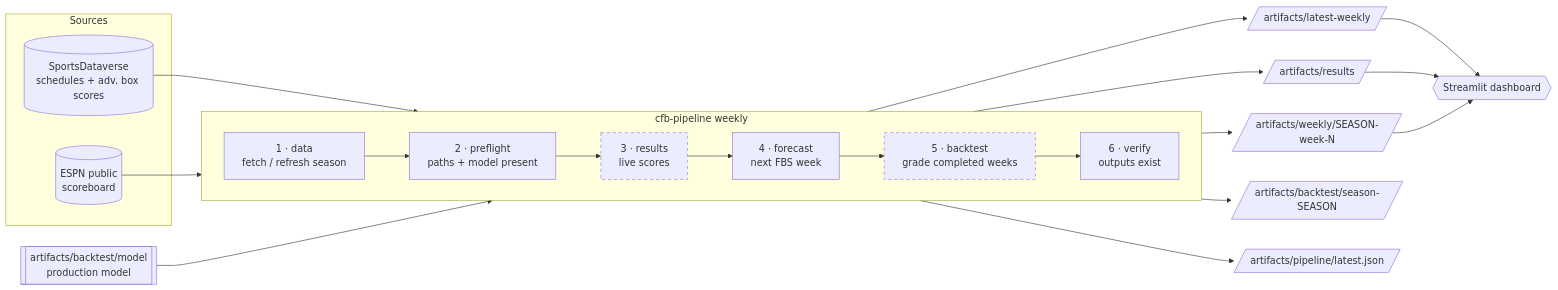
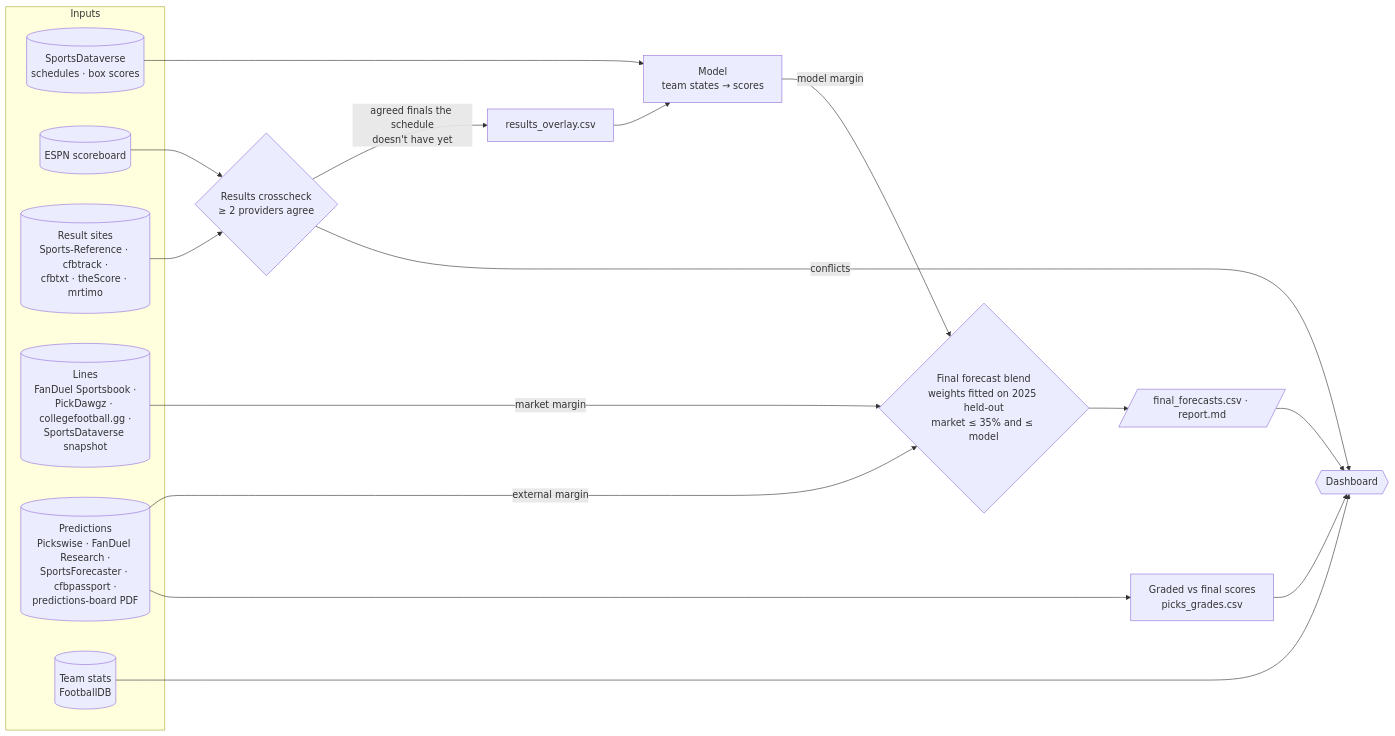
One commit to bngomez98/cfb-forecast changed the first of 5 diagrams in README.md. Above: the diagram before and after it, drawn with Mermaid. The commit also changed other lines of this file and 26 other files, not shown here.

````diff
--- a/README.md
+++ b/README.md
@@ -21,35 +20,28 @@
 ```mermaid
 flowchart LR
-    subgraph Sources
-        SDV[(SportsDataverse<br/>schedules + adv. box scores)]
-        ESPN[(ESPN public<br/>scoreboard)]
+    subgraph Inputs
+        SDV[(SportsDataverse<br/>schedules · box scores)]
+        ESPN[(ESPN scoreboard)]
+        RES[(Result sites<br/>Sports-Reference · cfbtrack ·<br/>cfbtxt · theScore · mrtimo)]
+        ODDS[(Lines<br/>FanDuel Sportsbook ·<br/>PickDawgz · collegefootball.gg ·<br/>SportsDataverse snapshot)]
+        PICK[(Predictions<br/>Pickswise · FanDuel Research ·<br/>SportsForecaster · cfbpassport ·<br/>predictions-board PDF)]
+        STAT[(Team stats<br/>FootballDB)]
     end
 
-    subgraph "cfb-pipeline weekly"
-        direction LR
-        D["1 · data<br/>fetch / refresh season"]
-        P["2 · preflight<br/>paths + model present"]
-        R["3 · results<br/>live scores"]
-        F["4 · forecast<br/>next FBS week"]
-        B["5 · backtest<br/>grade completed weeks"]
-        V["6 · verify<br/>outputs exist"]
-        D --> P --> R --> F --> B --> V
-    end
+    ESPN --> XC{"Results crosscheck<br/>≥ 2 providers agree"}
+    RES --> XC
+    XC -- "agreed finals the schedule<br/>doesn't have yet" --> OV[results_overlay.csv]
+    SDV --> MODEL
+    OV --> MODEL["Model<br/>team states → scores"]
 
-    SDV --> D
-    ESPN --> R
-    M[[artifacts/backtest/model<br/>production model]] --> P
+    MODEL -->|model margin| BL{"Final forecast blend<br/>weights fitted on 2025 held-out<br/>market ≤ 35% and ≤ model"}
+    ODDS -->|market margin| BL
+    PICK -->|external margin| BL
+    BL --> FINAL[/final_forecasts.csv · report.md/]
 
-    F --> LW[/artifacts/latest-weekly/]
-    F --> WK[/artifacts/weekly/SEASON-week-N/]
-    R --> RS[/artifacts/results/]
-    B --> SB[/artifacts/backtest/season-SEASON/]
-    V --> RC[/artifacts/pipeline/latest.json/]
-
-    LW --> DASH{{Streamlit dashboard}}
-    RS --> DASH
-    WK --> DASH
-
-    classDef optional stroke-dasharray: 5 5
-    class R,B optional
+    PICK --> GR[Graded vs final scores<br/>picks_grades.csv]
+    STAT --> DASH{{Dashboard}}
+    FINAL --> DASH
+    GR --> DASH
+    XC -->|conflicts| DASH
 ```
````
